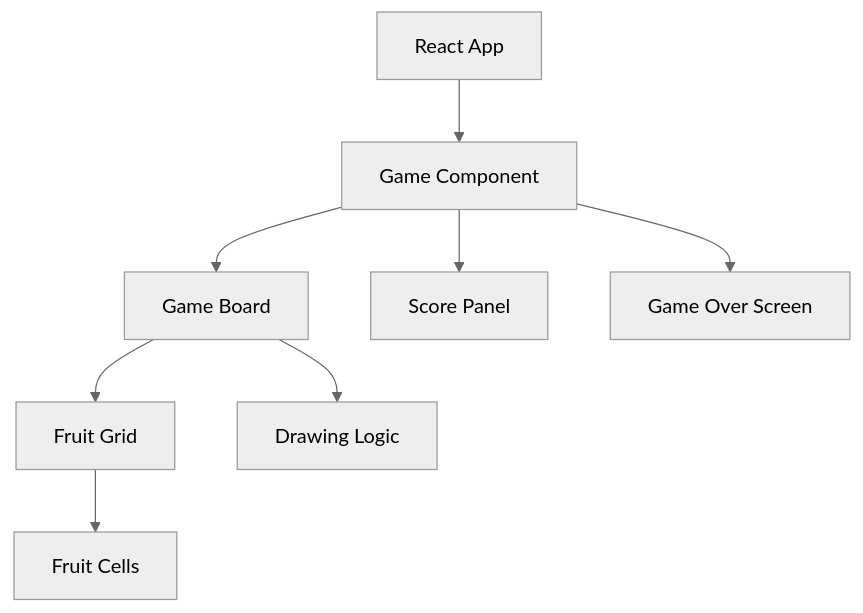
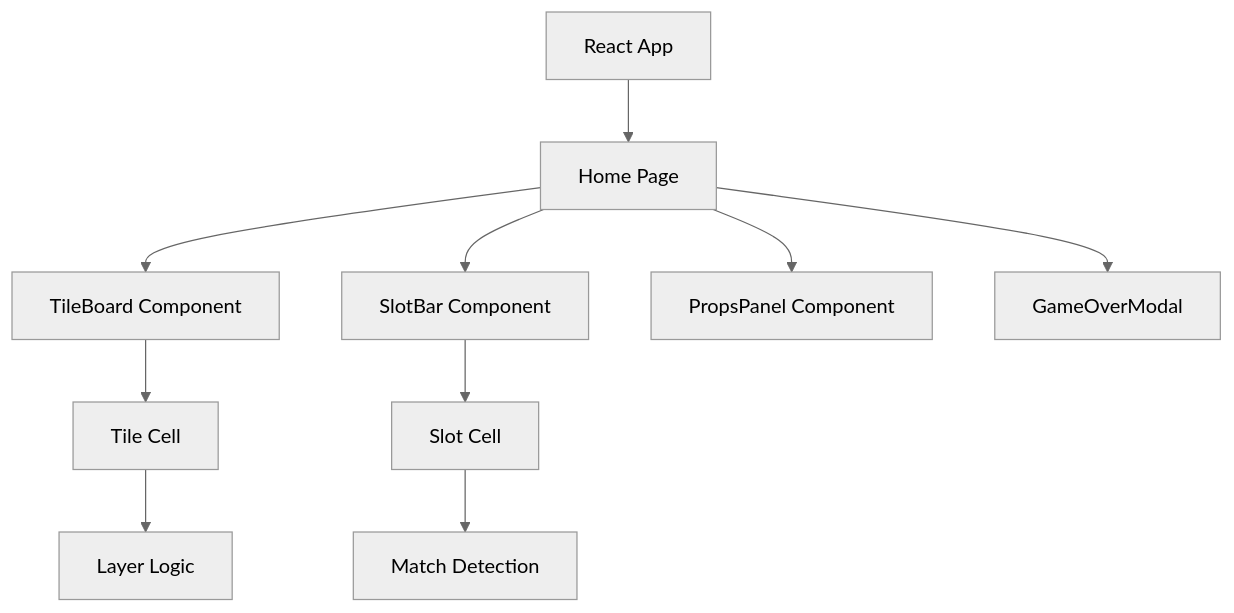
One commit to LiangLT/miniGame changed the diagram in .trae/documents/arch.md. Above: the diagram before and after it, drawn with Mermaid (neutral theme). The commit also changed other lines of this file and 8 other files, not shown here.

````diff
--- a/.trae/documents/arch.md
+++ b/.trae/documents/arch.md
@@ -5,10 +5,12 @@
 ```mermaid
 graph TD
-    A[React App] --> B[Game Component]
-    B --> C[Game Board]
-    B --> D[Score Panel]
-    B --> E[Game Over Screen]
-    C --> F[Fruit Grid]
-    C --> G[Drawing Logic]
-    F --> H[Fruit Cells]
+    A[React App] --> B[Home Page]
+    B --> C[TileBoard Component]
+    B --> D[SlotBar Component]
+    B --> E[PropsPanel Component]
+    B --> F[GameOverModal]
+    C --> G[Tile Cell]
+    G --> H[Layer Logic]
+    D --> I[Slot Cell]
+    I --> J[Match Detection]
 ```
````
